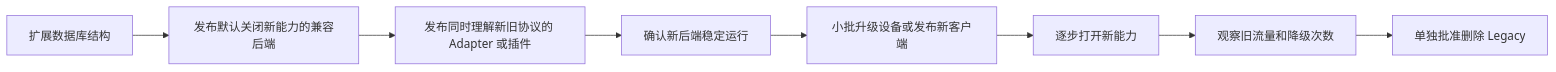
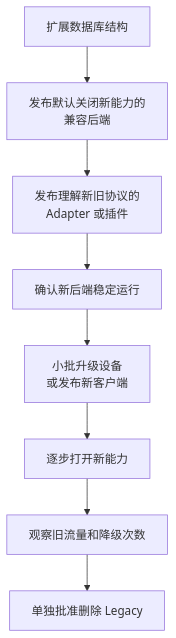
Before and after one commit to ALVIN-YANG/alvin-notes: the third of 3 diagrams in src/content/docs/architecture/smooth-client-server-device-upgrade.md, drawn with Mermaid. The commit also changed other lines of this file and 89 other files, not shown here.

````diff
--- a/src/content/docs/architecture/smooth-client-server-device-upgrade.md
+++ b/src/content/docs/architecture/smooth-client-server-device-upgrade.md
@@ -196,10 +146,10 @@
 ```mermaid
-flowchart LR
-    A[扩展数据库结构] --> B[发布默认关闭新能力的兼容后端]
-    B --> C[发布同时理解新旧协议的 Adapter 或插件]
+flowchart TB
+    A[扩展数据库结构] --> B[发布默认关闭新能力的<br/>兼容后端]
+    B --> C[发布理解新旧协议的<br/>Adapter 或插件]
     C --> D[确认新后端稳定运行]
-    D --> E[小批升级设备或发布新客户端]
+    D --> E[小批升级设备<br/>或发布新客户端]
     E --> F[逐步打开新能力]
     F --> G[观察旧流量和降级次数]
     G --> H[单独批准删除 Legacy]
 ```
````
